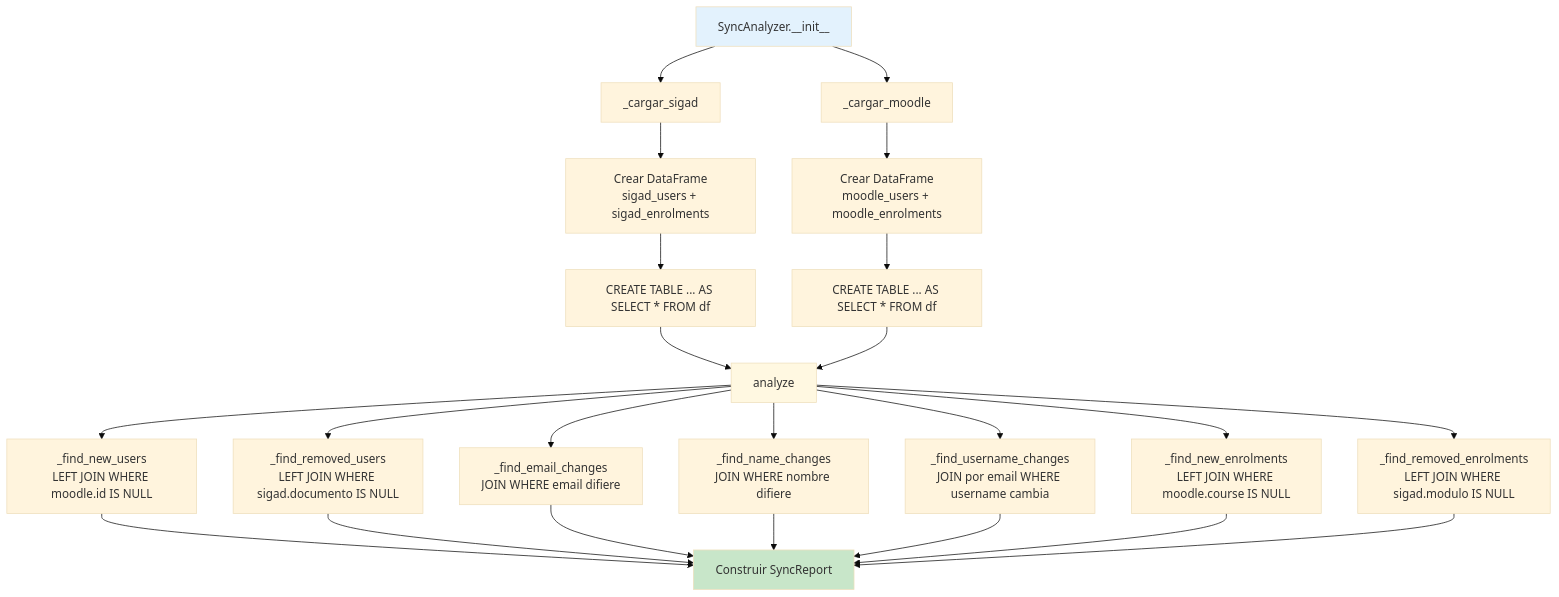
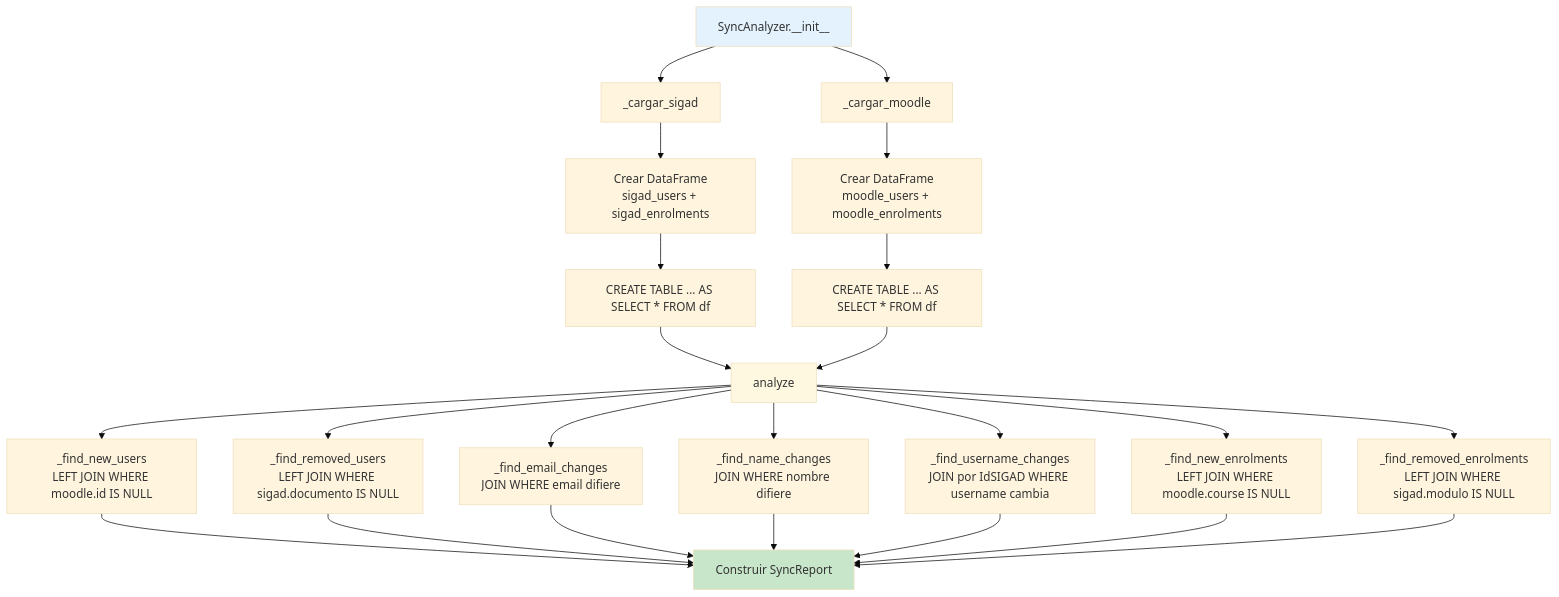
Before and after one commit to FPVirtual/fp-virtual-gestion-alumnos: the sixth of 13 diagrams in docus/flujos.md, drawn with Mermaid (base theme). The commit also changed other lines of this file and 19 other files, not shown here.

First line of the commit message:
feat: sincroniza custom fields y delta 5 por IdSIGAD

````diff
--- a/docus/flujos.md
+++ b/docus/flujos.md
@@ -254,27 +254,27 @@
 ```mermaid
 flowchart TD
     A[SyncAnalyzer.__init__] --> B[_cargar_sigad]
     A --> C[_cargar_moodle]
 
     B --> B1[Crear DataFrame<br/>sigad_users + sigad_enrolments]
     B1 --> B2[CREATE TABLE ... AS SELECT * FROM df]
 
     C --> C1[Crear DataFrame<br/>moodle_users + moodle_enrolments]
     C1 --> C2[CREATE TABLE ... AS SELECT * FROM df]
 
     B2 & C2 --> D[analyze]
 
     D --> E1[_find_new_users<br/>LEFT JOIN WHERE moodle.id IS NULL]
     D --> E2[_find_removed_users<br/>LEFT JOIN WHERE sigad.documento IS NULL]
     D --> E3[_find_email_changes<br/>JOIN WHERE email difiere]
     D --> E4[_find_name_changes<br/>JOIN WHERE nombre difiere]
-    D --> E5[_find_username_changes<br/>JOIN por email WHERE username cambia]
+    D --> E5[_find_username_changes<br/>JOIN por IdSIGAD WHERE username cambia]
     D --> E6[_find_new_enrolments<br/>LEFT JOIN WHERE moodle.course IS NULL]
     D --> E7[_find_removed_enrolments<br/>LEFT JOIN WHERE sigad.modulo IS NULL]
 
     E1 & E2 & E3 & E4 & E5 & E6 & E7 --> F[Construir SyncReport]
 
     style A fill:#e3f2fd
     style F fill:#c8e6c9
     style D fill:#fff8e1
 ```
````
